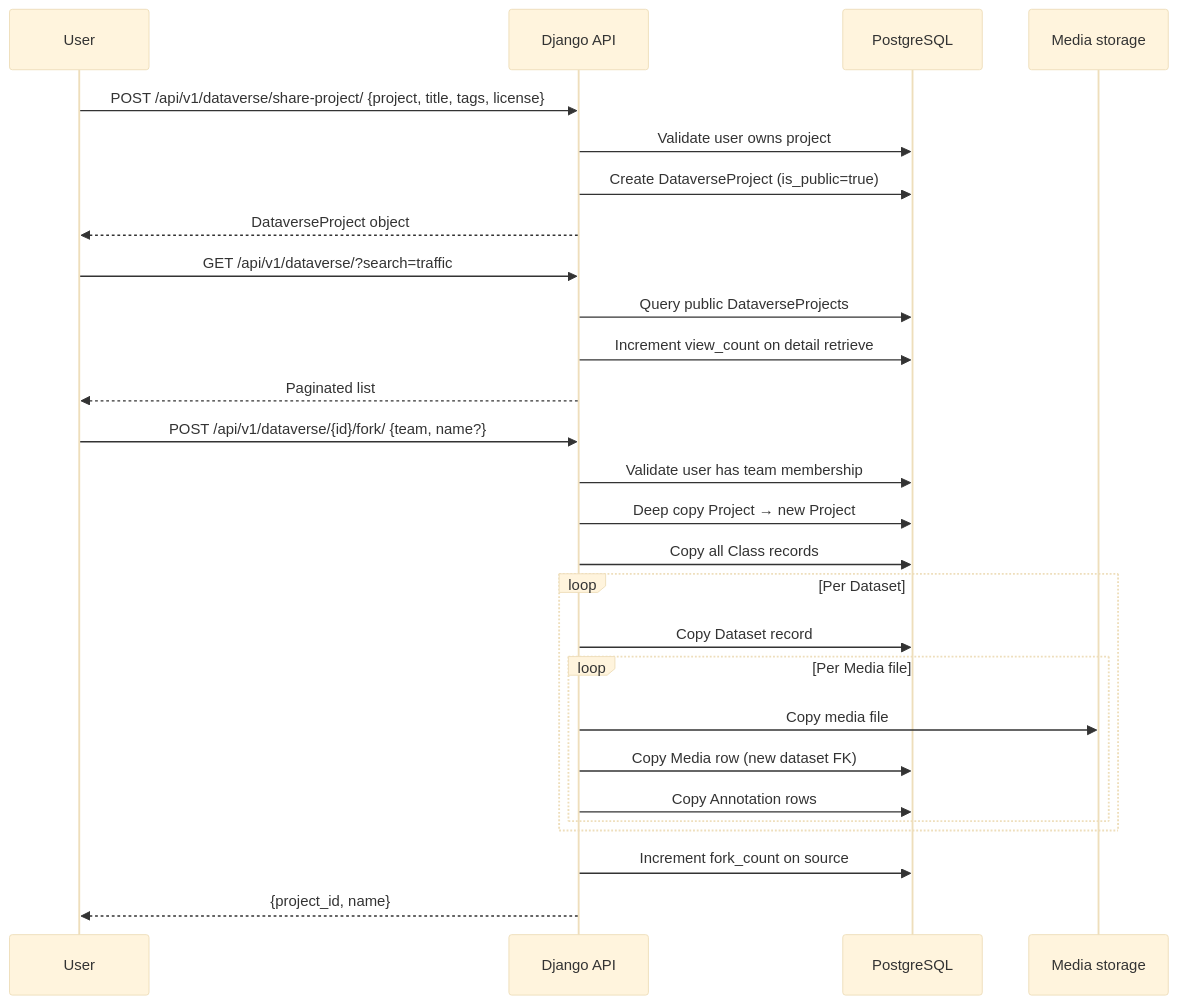
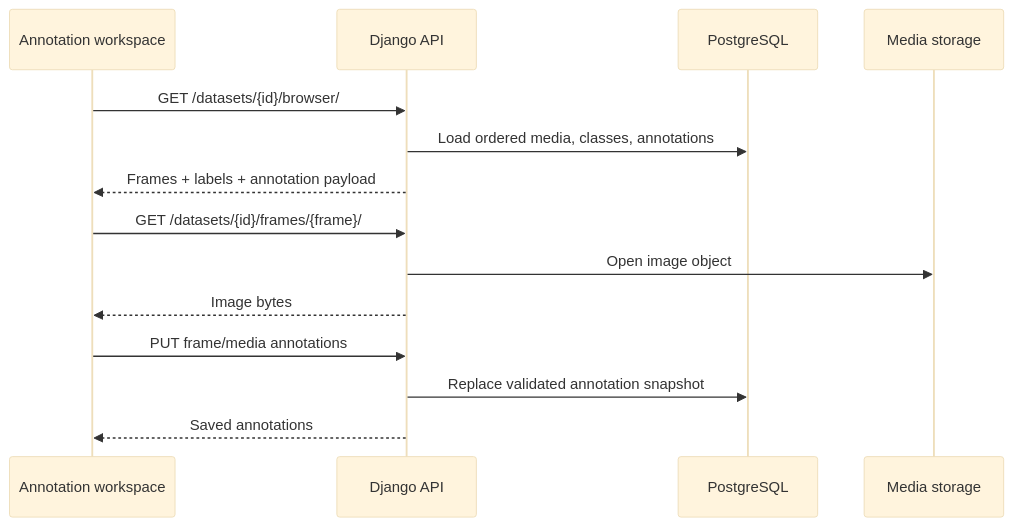
One commit to the-visiox/visiox changed the fourth of 5 diagrams in docs/ARCHITECTURE_DIAGRAMS.md. Above: the diagram before and after it, drawn with Mermaid (base theme). The commit also changed other lines of this file and 147 other files, not shown here.

````diff
--- a/docs/ARCHITECTURE_DIAGRAMS.md
+++ b/docs/ARCHITECTURE_DIAGRAMS.md
@@ -500,32 +88,17 @@
 ```mermaid
 sequenceDiagram
-    participant User
+    participant UI as Annotation workspace
     participant API as Django API
     participant DB as PostgreSQL
-    participant Media as Media storage
+    participant Store as Media storage
 
-    User->>API: POST /api/v1/dataverse/share-project/ {project, title, tags, license}
-    API->>DB: Validate user owns project
-    API->>DB: Create DataverseProject (is_public=true)
-    API-->>User: DataverseProject object
-
-    User->>API: GET /api/v1/dataverse/?search=traffic
-    API->>DB: Query public DataverseProjects
-    API->>DB: Increment view_count on detail retrieve
-    API-->>User: Paginated list
-
-    User->>API: POST /api/v1/dataverse/{id}/fork/ {team, name?}
-    API->>DB: Validate user has team membership
-    API->>DB: Deep copy Project → new Project
-    API->>DB: Copy all Class records
-    loop Per Dataset
-        API->>DB: Copy Dataset record
-        loop Per Media file
-            API->>Media: Copy media file
-            API->>DB: Copy Media row (new dataset FK)
-            API->>DB: Copy Annotation rows
-        end
-    end
-    API->>DB: Increment fork_count on source
-    API-->>User: {project_id, name}
+    UI->>API: GET /datasets/{id}/browser/
+    API->>DB: Load ordered media, classes, annotations
+    API-->>UI: Frames + labels + annotation payload
+    UI->>API: GET /datasets/{id}/frames/{frame}/
+    API->>Store: Open image object
+    API-->>UI: Image bytes
+    UI->>API: PUT frame/media annotations
+    API->>DB: Replace validated annotation snapshot
+    API-->>UI: Saved annotations
 ```
````
